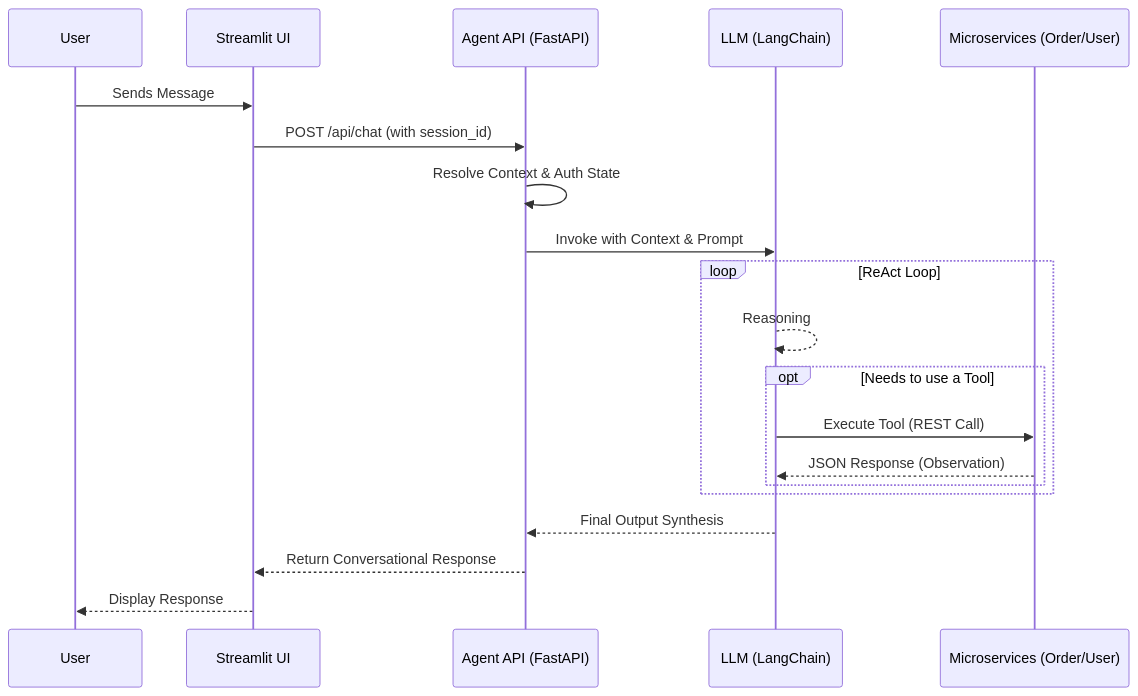
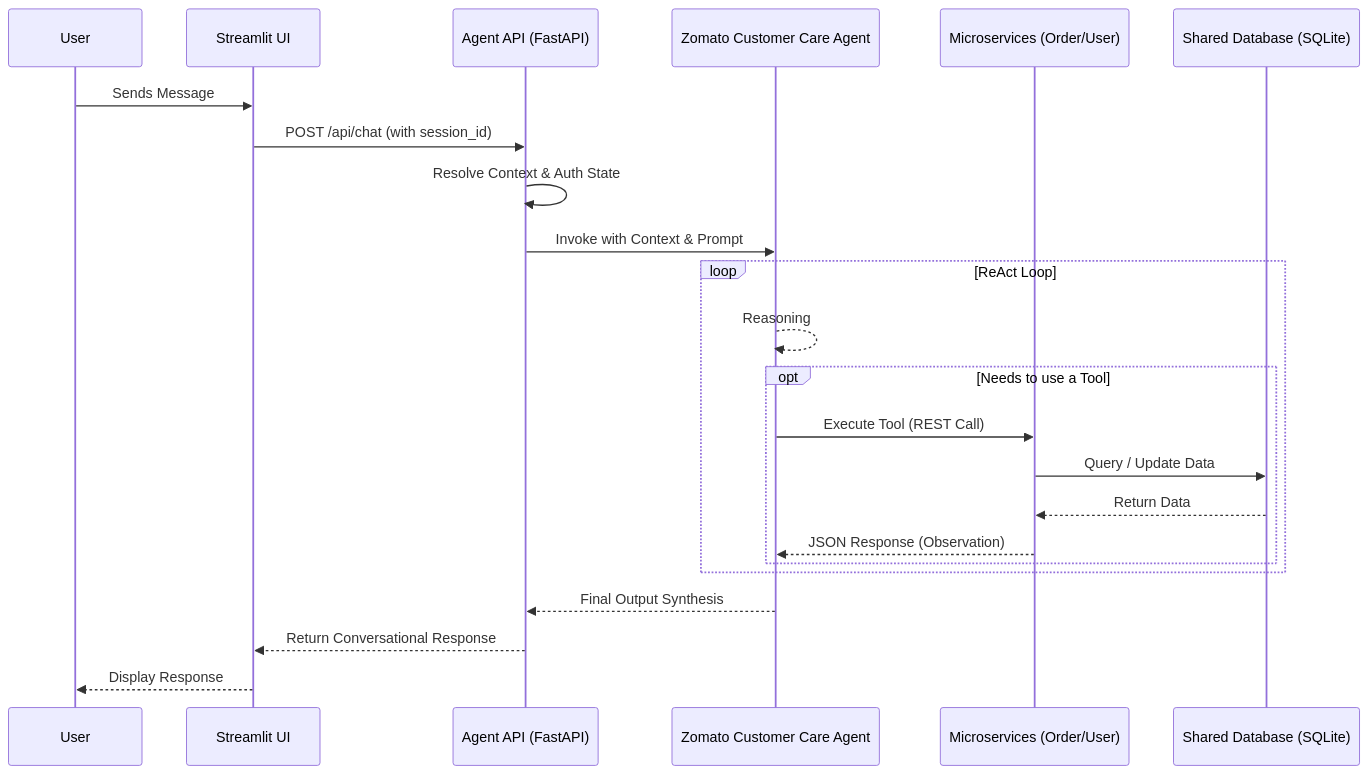
The diagram in ARCHITECTURE.md (vishnuap-ai-works/Zomato-CustomerCare-Agent), drawn with Mermaid before and after one commit. The commit also changed other lines of this file, not shown here.

Commit message:
docs: add shared SQLite database to architecture diagram and tool execution flow

````diff
--- a/ARCHITECTURE.md
+++ b/ARCHITECTURE.md
@@ -44,25 +44,28 @@
 ```mermaid
 sequenceDiagram
     participant User
     participant UI as Streamlit UI
     participant Agent as Agent API (FastAPI)
-    participant LLM as LLM (LangChain)
+    participant LLM as Zomato Customer Care Agent
     participant Services as Microservices (Order/User)
+    participant DB as Shared Database (SQLite)
 
     User->>UI: Sends Message
     UI->>Agent: POST /api/chat (with session_id)
     Agent->>Agent: Resolve Context & Auth State
     Agent->>LLM: Invoke with Context & Prompt
     
     loop ReAct Loop
         LLM-->>LLM: Reasoning
         opt Needs to use a Tool
             LLM->>Services: Execute Tool (REST Call)
+            Services->>DB: Query / Update Data
+            DB-->>Services: Return Data
             Services-->>LLM: JSON Response (Observation)
         end
     end
     
     LLM-->>Agent: Final Output Synthesis
     Agent-->>UI: Return Conversational Response
     UI-->>User: Display Response
 ```
````
